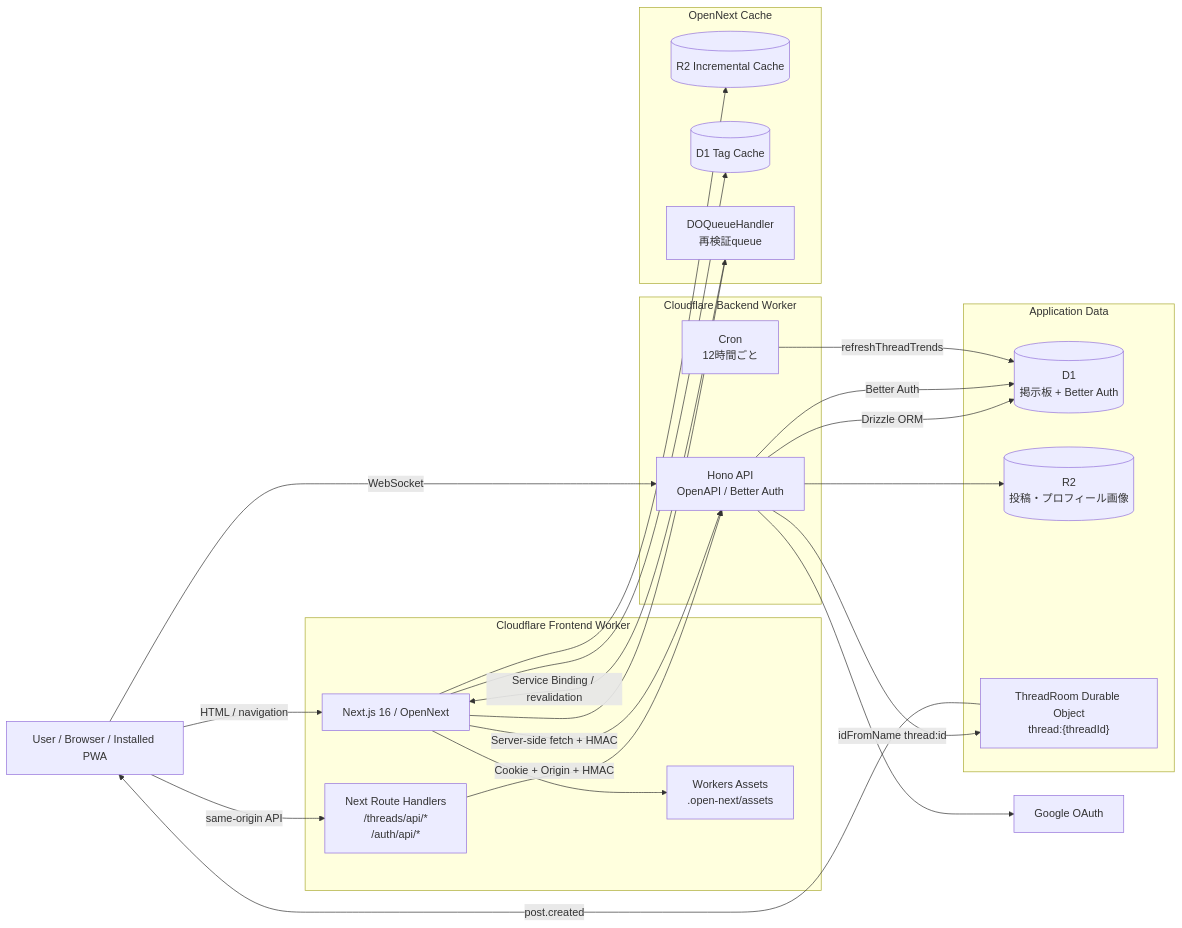
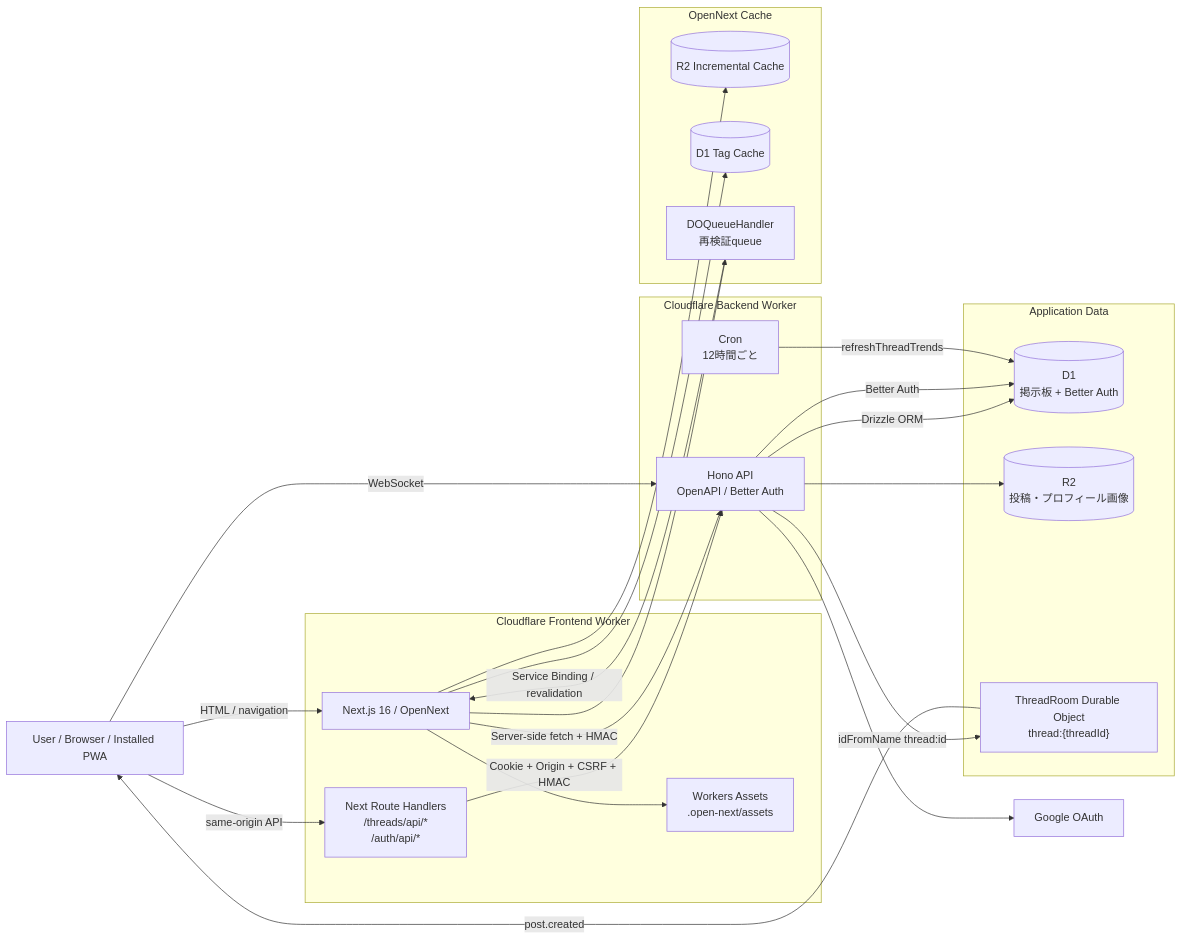
One commit to nematatu/kotobad changed the first of 3 diagrams in docs/kotobad-technical-presentation-research.md. Above: the diagram before and after it, drawn with Mermaid. The commit also changed other lines of this file and 8 other files, not shown here.

````diff
--- a/docs/kotobad-technical-presentation-research.md
+++ b/docs/kotobad-technical-presentation-research.md
@@ -115,50 +115,50 @@
 ```mermaid
 flowchart LR
     U["User / Browser / Installed PWA"]
 
     subgraph FE["Cloudflare Frontend Worker"]
         N["Next.js 16 / OpenNext"]
         BFF["Next Route Handlers<br/>/threads/api/*<br/>/auth/api/*"]
         AS["Workers Assets<br/>.open-next/assets"]
     end
 
     subgraph BE["Cloudflare Backend Worker"]
         H["Hono API<br/>OpenAPI / Better Auth"]
         C["Cron<br/>12時間ごと"]
     end
 
     subgraph DATA["Application Data"]
         DB[("D1<br/>掲示板 + Better Auth")]
         R2[("R2<br/>投稿・プロフィール画像")]
         TR["ThreadRoom Durable Object<br/>thread:{threadId}"]
     end
 
     subgraph CACHE["OpenNext Cache"]
         IC[("R2 Incremental Cache")]
         TC[("D1 Tag Cache")]
         Q["DOQueueHandler<br/>再検証queue"]
     end
 
     G["Google OAuth"]
 
     U -->|"HTML / navigation"| N
     U -->|"same-origin API"| BFF
-    BFF -->|"Cookie + Origin + HMAC"| H
+    BFF -->|"Cookie + Origin + CSRF + HMAC"| H
     N -->|"Server-side fetch + HMAC"| H
     N --> AS
 
     U -->|"WebSocket"| H
     H -->|"idFromName thread:id"| TR
     TR -->|"post.created"| U
 
     H -->|"Drizzle ORM"| DB
     H -->|"Better Auth"| DB
     H --> R2
     H --> G
     C -->|"refreshThreadTrends"| DB
 
     N --> IC
     N --> TC
     N --> Q
     Q -->|"Service Binding / revalidation"| N
 ```
````
